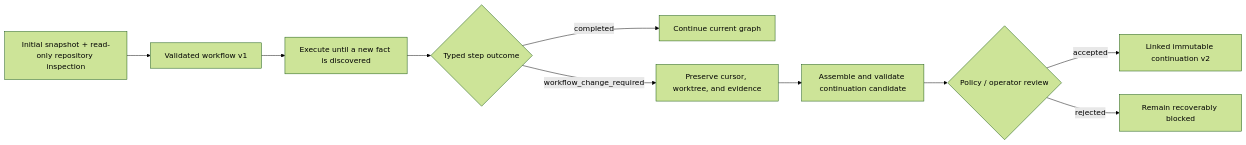
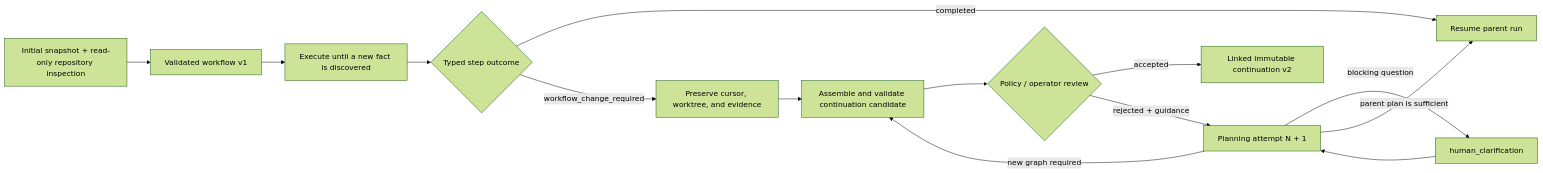
One commit to Muslik/tasker changed the fourth of 4 diagrams in docs/codex/architecture.md. Above: the diagram before and after it, drawn with Mermaid (forest theme). The commit also changed other lines of this file and 12 other files, not shown here.

First line of the commit message:
Keep rejected continuations on a recoverable planning path

````diff
--- a/docs/codex/architecture.md
+++ b/docs/codex/architecture.md
@@ -287,12 +287,16 @@
 ```mermaid
 flowchart LR
   I["Initial snapshot + read-only repository inspection"] --> G1["Validated workflow v1"]
   G1 --> E["Execute until a new fact is discovered"]
   E --> O{"Typed step outcome"}
   O -->|"completed"| N["Continue current graph"]
   O -->|"workflow_change_required"| P["Preserve cursor, worktree, and evidence"]
   P --> A["Assemble and validate continuation candidate"]
   A --> R{"Policy / operator review"}
   R -->|"accepted"| G2["Linked immutable continuation v2"]
-  R -->|"rejected"| H["Remain recoverably blocked"]
+  R -->|"rejected + guidance"| P2["Planning attempt N + 1"]
+  P2 -->|"new graph required"| A
+  P2 -->|"blocking question"| H["human_clarification"]
+  H --> P2
+  P2 -->|"parent plan is sufficient"| N["Resume parent run"]
 ```
````
